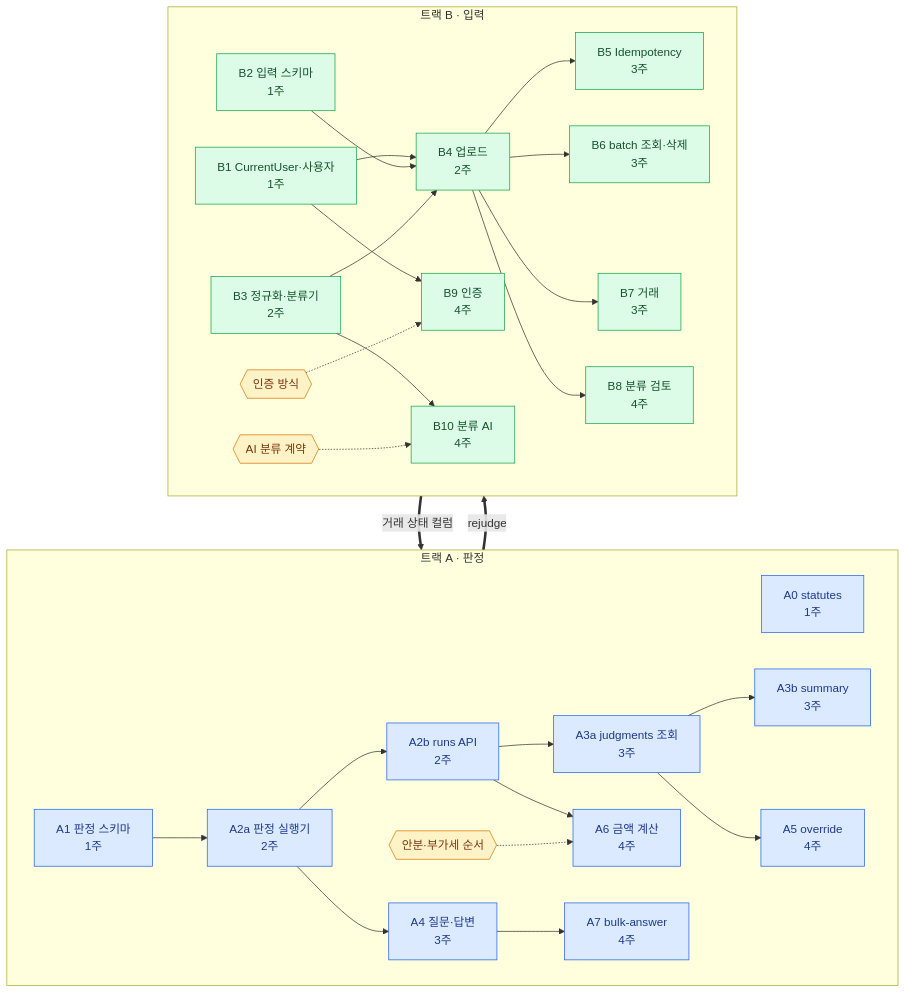
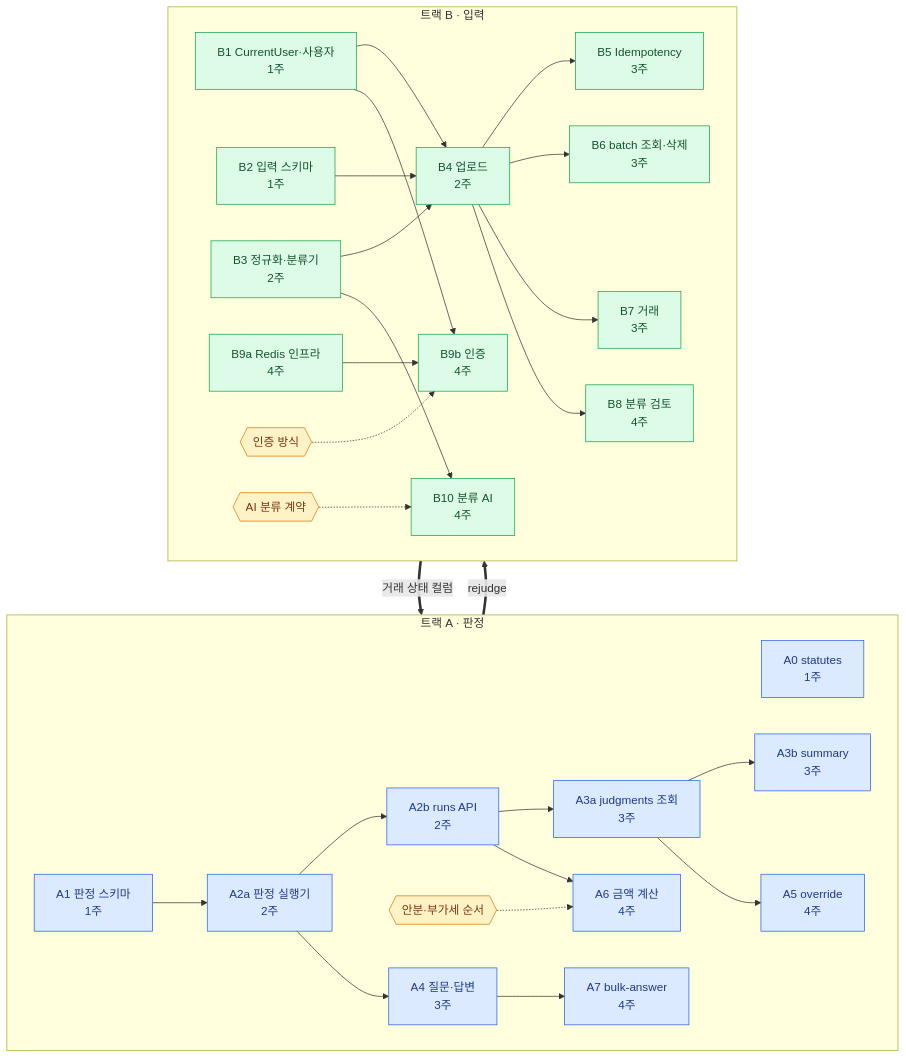
One commit to RainDrop3/ktc4-pusan-4 changed the second of 3 diagrams in docs/backend_api_plan.md. Above: the diagram before and after it, drawn with Mermaid. The commit also changed other lines of this file, not shown here.

Commit message:
docs: 리프레시 토큰 Redis 저장 결정 반영

````diff
--- a/docs/backend_api_plan.md
+++ b/docs/backend_api_plan.md
@@ -67,41 +69,42 @@
 ```mermaid
 flowchart TB
     subgraph TA["트랙 A · 판정"]
         direction LR
         A0["A0 statutes<br/>1주"]
         A1["A1 판정 스키마<br/>1주"] --> A2a["A2a 판정 실행기<br/>2주"]
         A2a --> A2b["A2b runs API<br/>2주"]
         A2b --> A3a["A3a judgments 조회<br/>3주"]
         A3a --> A3b["A3b summary<br/>3주"]
         A3a --> A5["A5 override<br/>4주"]
         A2b --> A6["A6 금액 계산<br/>4주"]
         A2a --> A4["A4 질문·답변<br/>3주"]
         A4 --> A7["A7 bulk-answer<br/>4주"]
         D2{{"안분·부가세 순서"}} -.-> A6
     end
 
     subgraph TB["트랙 B · 입력"]
         direction LR
         B1["B1 CurrentUser·사용자<br/>1주"] --> B4["B4 업로드<br/>2주"]
         B2["B2 입력 스키마<br/>1주"] --> B4
         B3["B3 정규화·분류기<br/>2주"] --> B4
         B4 --> B5["B5 Idempotency<br/>3주"]
         B4 --> B6["B6 batch 조회·삭제<br/>3주"]
         B4 --> B7["B7 거래<br/>3주"]
         B4 --> B8["B8 분류 검토<br/>4주"]
-        B1 --> B9["B9 인증<br/>4주"]
+        B9a["B9a Redis 인프라<br/>4주"] --> B9b["B9b 인증<br/>4주"]
+        B1 --> B9b
         B3 --> B10["B10 분류 AI<br/>4주"]
-        D1{{"인증 방식"}} -.-> B9
+        D1{{"인증 방식"}} -.-> B9b
         D3{{"AI 분류 계약"}} -.-> B10
     end
 
     B2 ==>|거래 상태 컬럼| A2a
     A2a ==>|rejudge| B8
 
     classDef trackA fill:#dbeafe,stroke:#2563eb,color:#1e3a8a
     classDef trackB fill:#dcfce7,stroke:#16a34a,color:#14532d
     classDef decision fill:#fef3c7,stroke:#d97706,color:#78350f
     class A0,A1,A2a,A2b,A3a,A3b,A4,A5,A6,A7 trackA
-    class B1,B2,B3,B4,B5,B6,B7,B8,B9,B10 trackB
+    class B1,B2,B3,B4,B5,B6,B7,B8,B9a,B9b,B10 trackB
     class D1,D2,D3 decision
 ```
````
